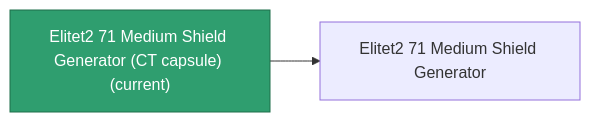
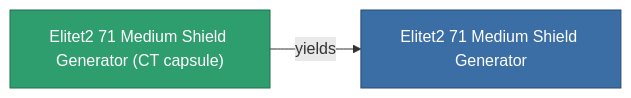
Before and after one commit to OpenPerpetuum/Wiki: the diagram in content/content/items/elitet2_71_medium_shield_generator_CT_capsule.md, drawn with Mermaid. The commit also changed other lines of this file and 2015 other files, not shown here.

````diff
--- a/content/content/items/elitet2_71_medium_shield_generator_CT_capsule.md
+++ b/content/content/items/elitet2_71_medium_shield_generator_CT_capsule.md
@@ -33,8 +33,9 @@
 ```mermaid
 graph LR
-    a["Elitet2 71 Medium Shield Generator (CT capsule) (current)"]:::current
-    b["Elitet2 71 Medium Shield Generator"]
-    a --> b
-    click b "/content/items/elitet2-71-medium-shield-generator/" "Elitet2 71 Medium Shield Generator"
+    a["Elitet2 71 Medium Shield Generator (CT capsule)"]:::current
+    b["Elitet2 71 Medium Shield Generator"]:::finished
+    a -->|yields| b
+                click b "/content/items/elitet2-71-medium-shield-generator/" "Elitet2 71 Medium Shield Generator"
     classDef current fill:#2f9e6f,stroke:#1f6f4a,color:#ffffff
+    classDef finished fill:#3b6ea5,stroke:#274a75,color:#ffffff
 ```
````
